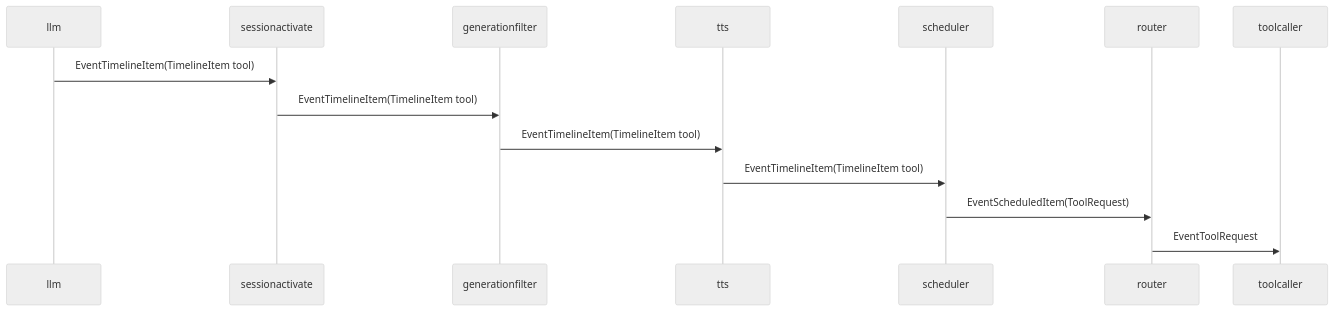
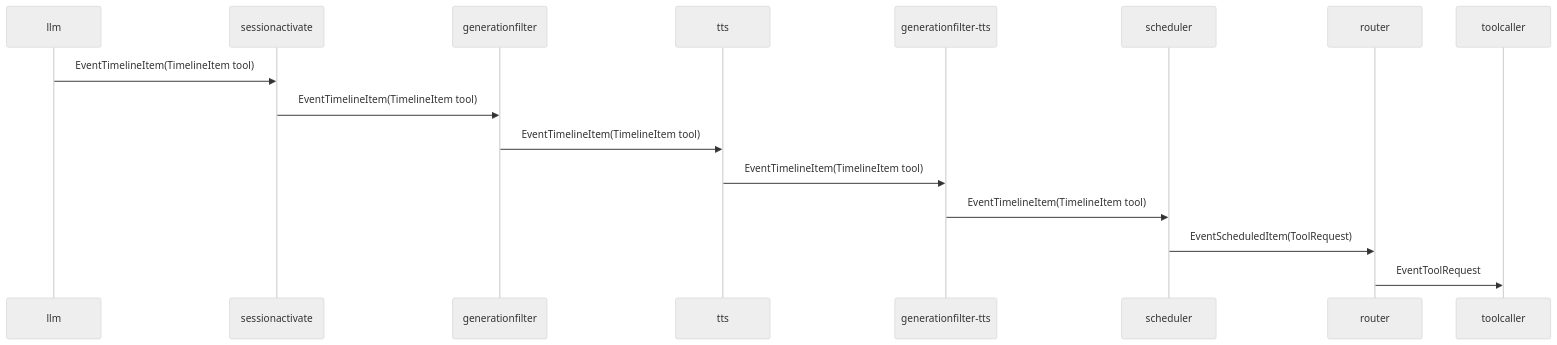
Before and after one commit to tetetratra/smart-speaker: the third of 3 diagrams in docs/components/tts.md, drawn with Mermaid (neutral theme). The commit also changed other lines of this file and 1 other file, not shown here.

````diff
--- a/docs/components/tts.md
+++ b/docs/components/tts.md
@@ -113,17 +117,19 @@
 ```mermaid
 sequenceDiagram
   participant LLM as llm
   participant SA as sessionactivate
   participant GF as generationfilter
   participant TTS as tts
+  participant GF2 as generationfilter-tts
   participant SCH as scheduler
   participant R as router
   participant TOOL as toolcaller
 
   LLM->>SA: EventTimelineItem(TimelineItem tool)
   SA->>GF: EventTimelineItem(TimelineItem tool)
   GF->>TTS: EventTimelineItem(TimelineItem tool)
-  TTS->>SCH: EventTimelineItem(TimelineItem tool)
+  TTS->>GF2: EventTimelineItem(TimelineItem tool)
+  GF2->>SCH: EventTimelineItem(TimelineItem tool)
   SCH->>R: EventScheduledItem(ToolRequest)
   R->>TOOL: EventToolRequest
 ```
````
